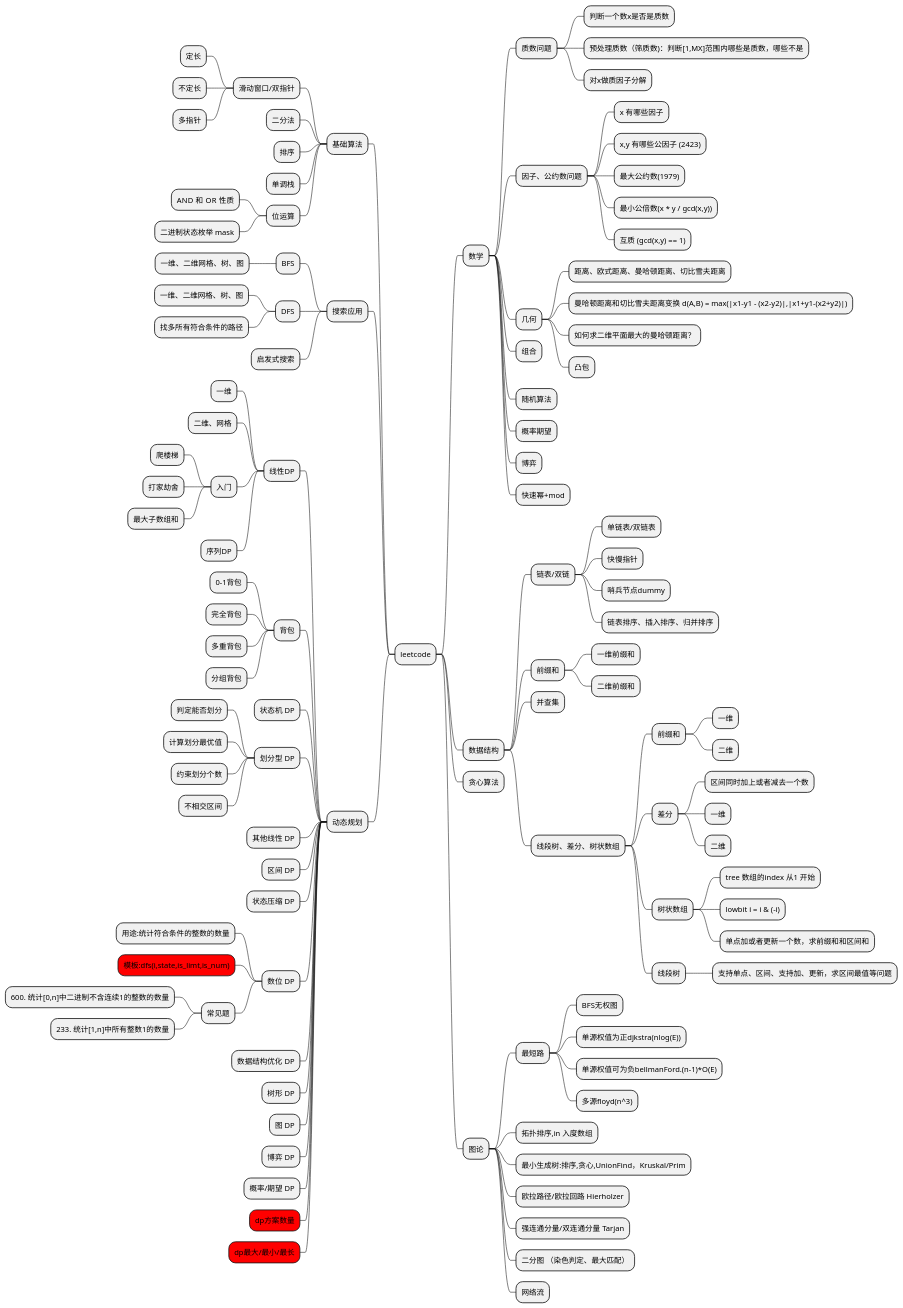
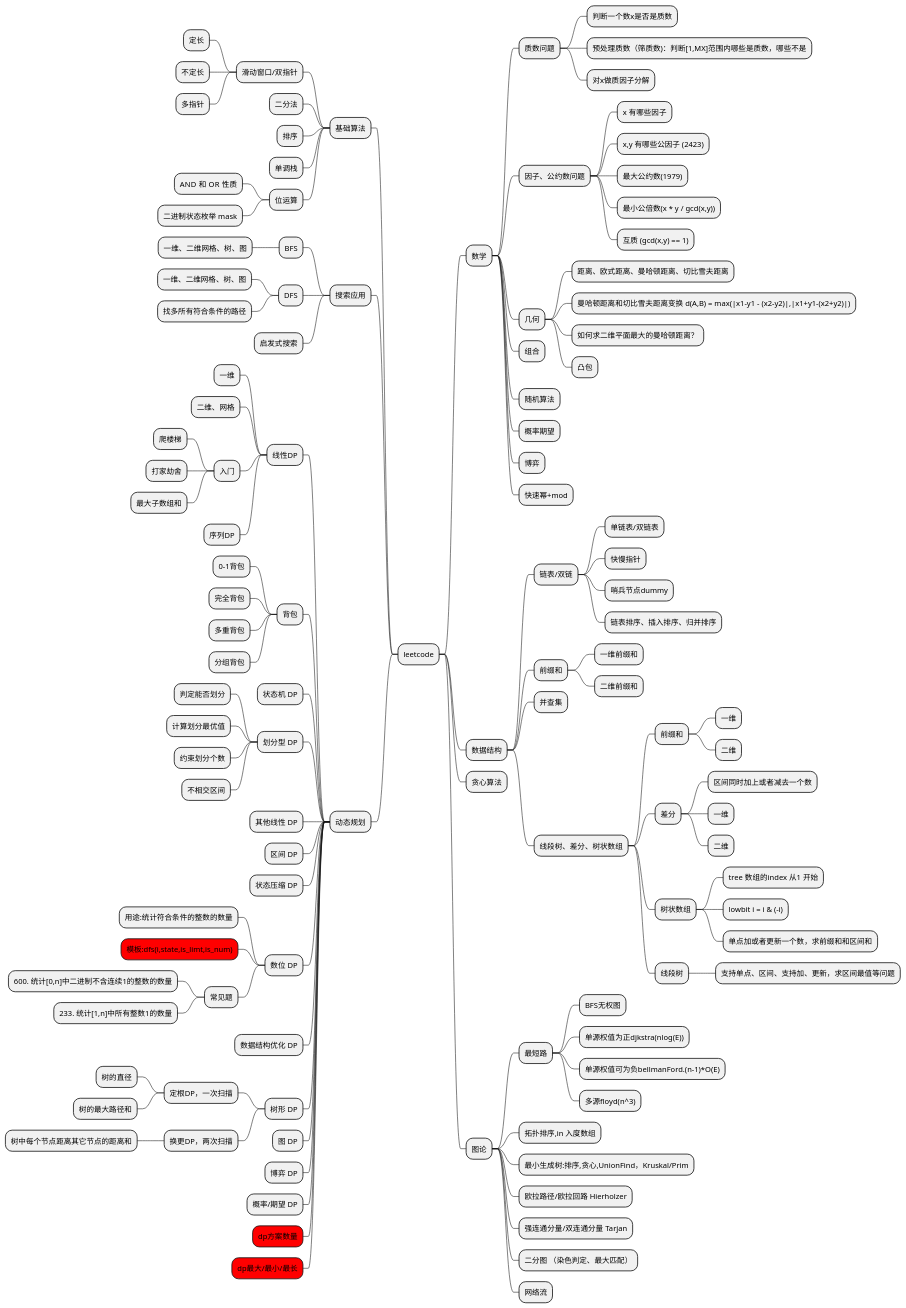
One commit to wxquare/leetcode-primer changed the diagram in mind.puml. Above: the diagram before and after it, drawn with PlantUML. The commit also changed 1 other file, not shown here.

```diff
--- a/mind.puml
+++ b/mind.puml
@@ -1,144 +1,149 @@
 @startmindmap
 * leetcode
 ** 数学
 *** 质数问题
 **** 判断一个数x是否是质数
 **** 预处理质数（筛质数)：判断[1,MX]范围内哪些是质数，哪些不是
 **** 对x做质因子分解
 *** 因子、公约数问题
 **** x 有哪些因子
 **** x,y 有哪些公因子 (2423)
 **** 最大公约数(1979)
 **** 最小公倍数(x * y / gcd(x,y))
 **** 互质 (gcd(x,y) == 1)
 *** 几何
 **** 距离、欧式距离、曼哈顿距离、切比雪夫距离
 **** 曼哈顿距离和切比雪夫距离变换 d(A,B) = max(|x1-y1 - (x2-y2)|,|x1+y1-(x2+y2)|)
 **** 如何求二维平面最大的曼哈顿距离？
 **** 凸包
 *** 组合
 *** 随机算法
 *** 概率期望
 *** 博弈
 *** 快速幂+mod
 
 
 ** 数据结构
 *** 链表/双链
 **** 单链表/双链表
 **** 快慢指针
 **** 哨兵节点dummy
 **** 链表排序、插入排序、归并排序
 
 *** 前缀和
 **** 一维前缀和
 **** 二维前缀和
 
 *** 并查集
 
 *** 线段树、差分、树状数组
 **** 前缀和
 ***** 一维
 ***** 二维
 **** 差分
 ***** 区间同时加上或者减去一个数
 ***** 一维
 ***** 二维
 **** 树状数组
 ***** tree 数组的index 从1 开始
 ***** lowbit i = i & (-i)
 ***** 单点加或者更新一个数，求前缀和和区间和
 **** 线段树
 ***** 支持单点、区间、支持加、更新，求区间最值等问题
 
 
 
 
 
 ** 贪心算法
 
 ** 图论
 *** 最短路
 **** BFS无权图
 **** 单源权值为正djkstra(nlog(E))
 **** 单源权值可为负bellmanFord.(n-1)*O(E)
 **** 多源floyd(n^3)
 
 *** 拓扑排序,in 入度数组
 
 *** 最小生成树:排序,贪心,UnionFind，Kruskal/Prim
 
 *** 欧拉路径/欧拉回路 Hierholzer
 
 *** 强连通分量/双连通分量 Tarjan
 
 *** 二分图 （染色判定、最大匹配）
 
 *** 网络流
 
 
 left side
 
 ** 基础算法
 
 *** 滑动窗口/双指针
 **** 定长
 **** 不定长
 **** 多指针
 *** 二分法
 *** 排序
 *** 单调栈
 *** 位运算
 **** AND 和 OR  性质
 **** 二进制状态枚举 mask
 
 ** 搜索应用
 *** BFS
 **** 一维、二维网格、树、图
 *** DFS
 **** 一维、二维网格、树、图
 **** 找多所有符合条件的路径
 *** 启发式搜索
 
 ** 动态规划
 *** 线性DP
 **** 一维
 **** 二维、网格
 **** 入门
 ***** 爬楼梯
 ***** 打家劫舍
 ***** 最大子数组和
 **** 序列DP
 
 *** 背包
 **** 0-1背包
 **** 完全背包
 **** 多重背包
 **** 分组背包
 
 *** 状态机 DP
 *** 划分型 DP
 **** 判定能否划分
 **** 计算划分最优值
 **** 约束划分个数
 **** 不相交区间
 *** 其他线性 DP
 *** 区间 DP
 *** 状态压缩 DP
 *** 数位 DP
 **** 用途:统计符合条件的整数的数量
 ****[#Red] 模板:dfs(i,state,is_limt,is_num)
 **** 常见题
 ***** 600. 统计[0,n]中二进制不含连续1的整数的数量
 ***** 233. 统计[1,n]中所有整数1的数量
 *** 数据结构优化 DP
 *** 树形 DP
+**** 定根DP，一次扫描
+***** 树的直径
+***** 树的最大路径和
+**** 换更DP，两次扫描
+***** 树中每个节点距离其它节点的距离和
 *** 图 DP
 *** 博弈 DP
 *** 概率/期望 DP
 
 ***[#Red] dp方案数量
 
 ***[#Red] dp最大/最小/最长
 
 @endmindmap
```
